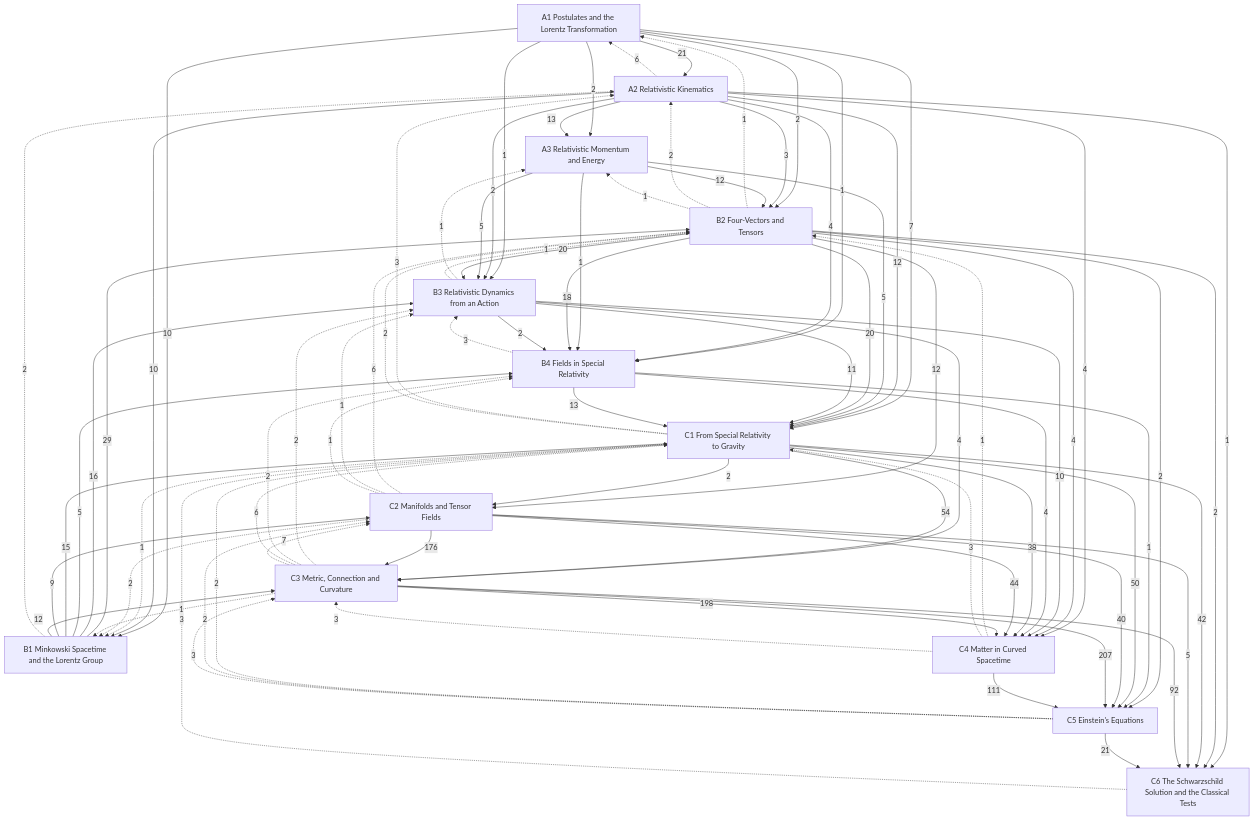
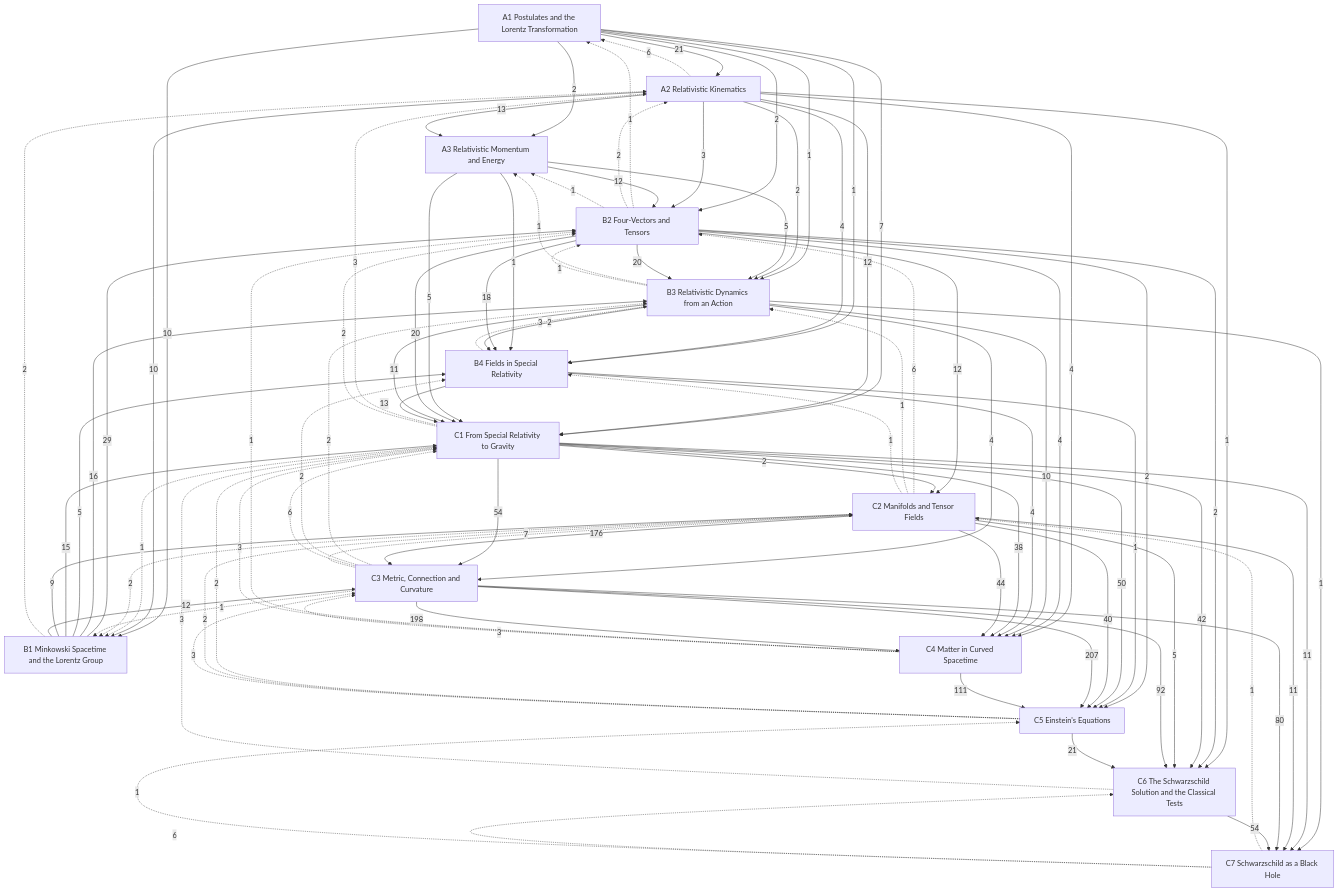
Before and after one commit to Onion20040508/notes: the diagram in Physics/Relativity/Relativity.md, drawn with Mermaid. The commit also changed other lines of this file and 27 other files, not shown here.

````diff
--- a/Physics/Relativity/Relativity.md
+++ b/Physics/Relativity/Relativity.md
@@ -48,6 +49,7 @@
   C4["C4 Matter in Curved Spacetime"]
   C5["C5 Einstein's Equations"]
   C6["C6 The Schwarzschild Solution and the Classical Tests"]
+  C7["C7 Schwarzschild as a Black Hole"]
   A1 -->|21| A2
   A1 -->|2| A3
   A2 -->|13| A3
@@ -101,6 +103,11 @@
   C2 -->|5| C6
   C3 -->|92| C6
   C5 -->|21| C6
+  B3 -->|1| C7
+  C1 -->|11| C7
+  C2 -->|11| C7
+  C3 -->|80| C7
+  C6 -->|54| C7
   A2 -.->|6| A1
   B2 -.->|1| A1
   B1 -.->|2| A2
@@ -126,6 +133,9 @@
   C6 -.->|3| C1
   C3 -.->|7| C2
   C5 -.->|2| C2
+  C7 -.->|1| C2
   C4 -.->|3| C3
   C5 -.->|3| C3
+  C7 -.->|1| C5
+  C7 -.->|6| C6
 ```
````
